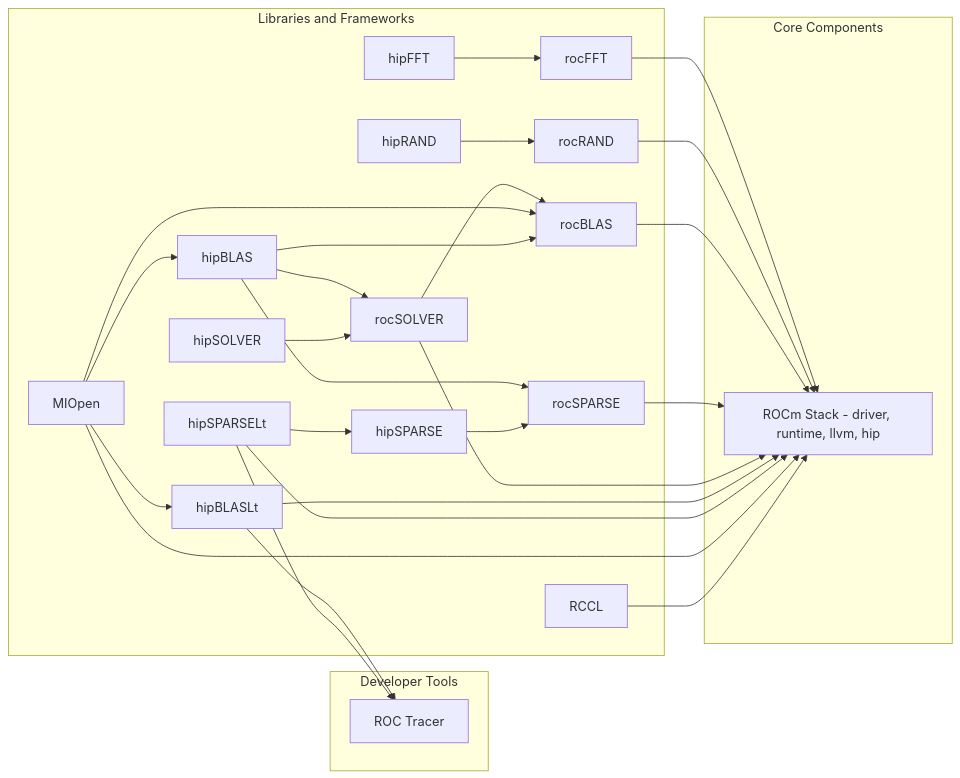
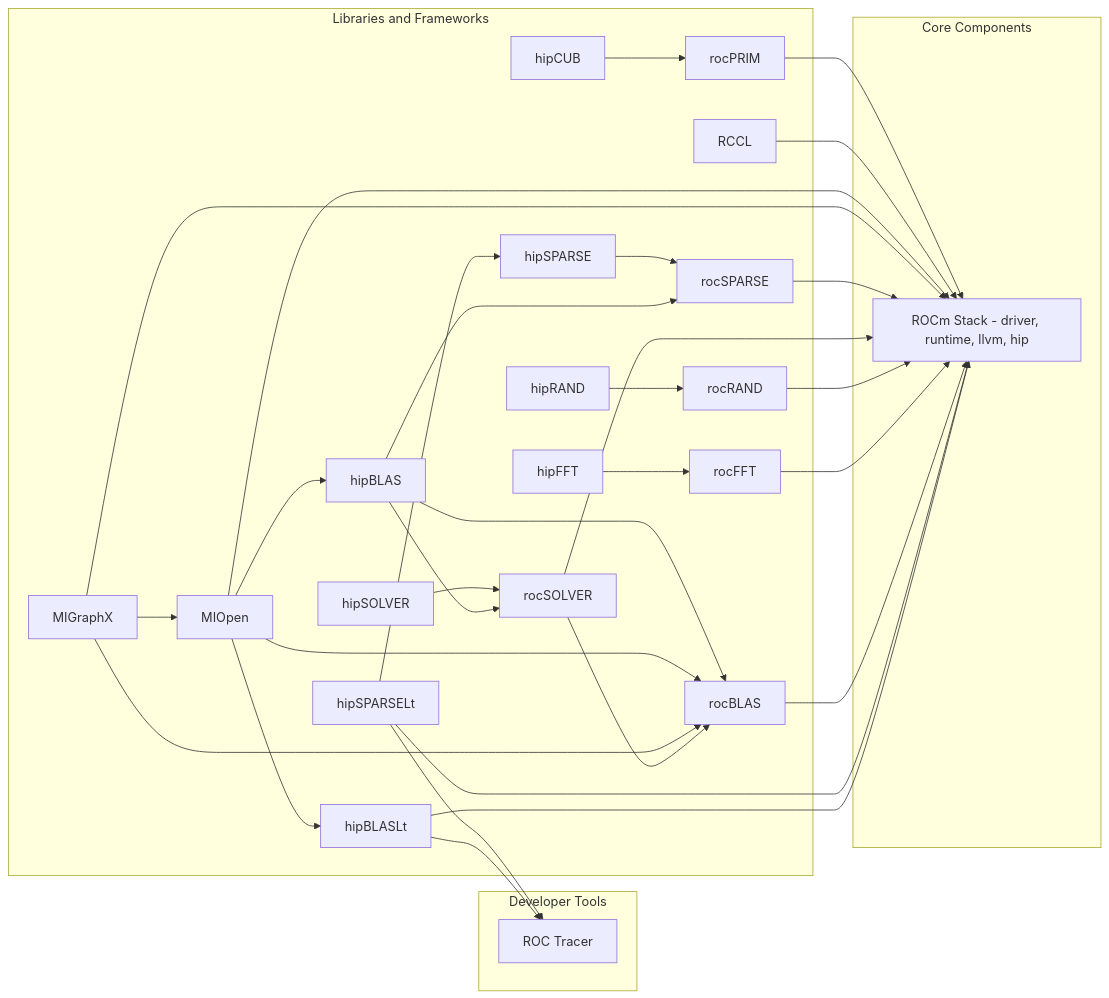
One commit to EESSI/docs changed the fourth of 4 diagrams in docs/site_specific_config/rocm.md. Above: the diagram before and after it, drawn with Mermaid. The commit also changed other lines of this file, not shown here.

````diff
--- a/docs/site_specific_config/rocm.md
+++ b/docs/site_specific_config/rocm.md
@@ -352,52 +355,60 @@
 ```mermaid
 graph LR;
     subgraph Core Components
         rocmstack[ROCm Stack - driver, runtime, llvm, hip]
     end
     subgraph Developer Tools
         roctracer[ROC Tracer]
     end
     subgraph Libraries and Frameworks
+        hipblaslt[hipBLASLt]
+        hipsparselt[hipSPARSELt]
+        rocblas[rocBLAS]
         rocfft[rocFFT]
         rocrand[rocRAND]
-        rocblas[rocBLAS]
+        rocsolver[rocSOLVER]
         rocsparse[rocSPARSE]
-        rocsolver[rocSOLVER]
-        hipblaslt[hipBLASLt]
-        hipsparselt[hipSPARSELt]
+        migraphx[MIGraphX]
         miopen[MIOpen]
         rccl[RCCL]
+        rocprim[rocPRIM]
+        hipblas[hipBLAS]
+        hipcub[hipCUB]
         hipfft[hipFFT]
         hiprand[hipRAND]
-        hipblas[hipBLAS]
+        hipsolver[hipSOLVER]
         hipsparse[hipSPARSE]
-        hipsolver[hipSOLVER]
     end
 
-    rocfft --> rocmstack
-    rocrand --> rocmstack
-    rocblas --> rocmstack
-    rocsparse --> rocmstack
-    rocsolver --> rocmstack
-    rocsolver --> rocblas
     hipblaslt --> rocmstack
     hipblaslt --> roctracer
     hipsparselt --> rocmstack
     hipsparselt --> roctracer
     hipsparselt --> hipsparse
+    rocblas --> rocmstack
+    rocfft --> rocmstack
+    rocrand --> rocmstack
+    rocsolver --> rocmstack
+    rocsolver --> rocblas
+    rocsparse --> rocmstack
 
+    migraphx --> rocmstack
+    migraphx --> miopen
+    migraphx --> rocblas
     miopen --> rocmstack
+    miopen --> hipblaslt
     miopen --> rocblas
-    miopen --> hipblaslt
     miopen --> hipblas
 
     rccl --> rocmstack
+    rocprim --> rocmstack
 
+    hipblas --> rocblas
+    hipblas --> rocsolver
+    hipblas --> rocsparse
+    hipcub --> rocprim
     hipfft --> rocfft
     hiprand --> rocrand
-    hipblas --> rocblas
-    hipblas --> rocsparse
-    hipblas --> rocsolver
+    hipsolver --> rocsolver
     hipsparse --> rocsparse
-    hipsolver --> rocsolver
 ```
````
